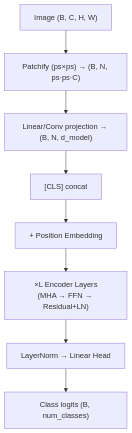
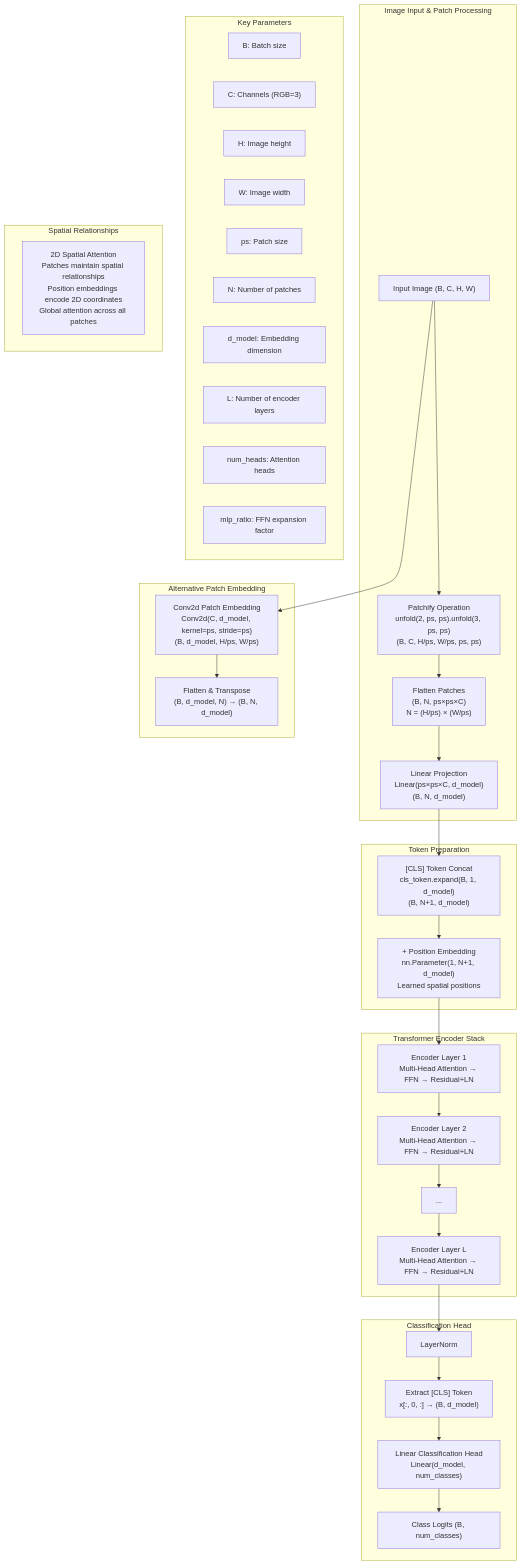
Before and after one commit to Alibhji/deep_learning_fundamentals: the diagram in transformers/02-vision-transformers/GRAPH.md, drawn with Mermaid. The commit also changed 7 other files, not shown here.

````diff
--- a/transformers/02-vision-transformers/GRAPH.md
+++ b/transformers/02-vision-transformers/GRAPH.md
@@ -3,10 +3,49 @@
 ```mermaid
 flowchart TD
-    IMG["Image (B, C, H, W)"] --> PATCH["Patchify (ps×ps) → (B, N, ps·ps·C)"]
-    PATCH --> PROJ["Linear/Conv projection → (B, N, d_model)"]
-    PROJ --> CLS["[CLS] concat"]
-    CLS --> POS["+ Position Embedding"]
-    POS --> ENCL["×L Encoder Layers\n(MHA → FFN → Residual+LN)"]
-    ENCL --> HEAD["LayerNorm → Linear Head"]
-    HEAD --> LOGITS["Class logits (B, num_classes)"]
+    subgraph "Image Input & Patch Processing"
+        IMG["Input Image (B, C, H, W)"] --> PATCH["Patchify Operation<br/>unfold(2, ps, ps).unfold(3, ps, ps)<br/>(B, C, H/ps, W/ps, ps, ps)"]
+        PATCH --> FLAT["Flatten Patches<br/>(B, N, ps×ps×C)<br/>N = (H/ps) × (W/ps)"]
+        FLAT --> PROJ["Linear Projection<br/>Linear(ps×ps×C, d_model)<br/>(B, N, d_model)"]
+    end
+    
+    subgraph "Token Preparation"
+        PROJ --> CLS["[CLS] Token Concat<br/>cls_token.expand(B, 1, d_model)<br/>(B, N+1, d_model)"]
+        CLS --> POS["+ Position Embedding<br/>nn.Parameter(1, N+1, d_model)<br/>Learned spatial positions"]
+    end
+    
+    subgraph "Transformer Encoder Stack"
+        POS --> ENC1["Encoder Layer 1<br/>Multi-Head Attention → FFN → Residual+LN"]
+        ENC1 --> ENC2["Encoder Layer 2<br/>Multi-Head Attention → FFN → Residual+LN"]
+        ENC2 --> ENC3["..."]
+        ENC3 --> ENCL["Encoder Layer L<br/>Multi-Head Attention → FFN → Residual+LN"]
+    end
+    
+    subgraph "Classification Head"
+        ENCL --> NORM["LayerNorm"]
+        NORM --> EXTRACT["Extract [CLS] Token<br/>x[:, 0, :] → (B, d_model)"]
+        EXTRACT --> HEAD["Linear Classification Head<br/>Linear(d_model, num_classes)"]
+        HEAD --> LOGITS["Class Logits (B, num_classes)"]
+    end
+    
+    subgraph "Alternative Patch Embedding"
+        IMG --> CONV["Conv2d Patch Embedding<br/>Conv2d(C, d_model, kernel=ps, stride=ps)<br/>(B, d_model, H/ps, W/ps)"]
+        CONV --> FLAT2["Flatten & Transpose<br/>(B, d_model, N) → (B, N, d_model)"]
+    end
+    
+    subgraph "Key Parameters"
+        B["B: Batch size"]
+        C["C: Channels (RGB=3)"]
+        H["H: Image height"]
+        W["W: Image width"]
+        PS["ps: Patch size"]
+        N["N: Number of patches"]
+        D_MODEL["d_model: Embedding dimension"]
+        L["L: Number of encoder layers"]
+        HEADS["num_heads: Attention heads"]
+        MLP_RATIO["mlp_ratio: FFN expansion factor"]
+    end
+    
+    subgraph "Spatial Relationships"
+        SPATIAL["2D Spatial Attention<br/>Patches maintain spatial relationships<br/>Position embeddings encode 2D coordinates<br/>Global attention across all patches"]
+    end
 ```
````
